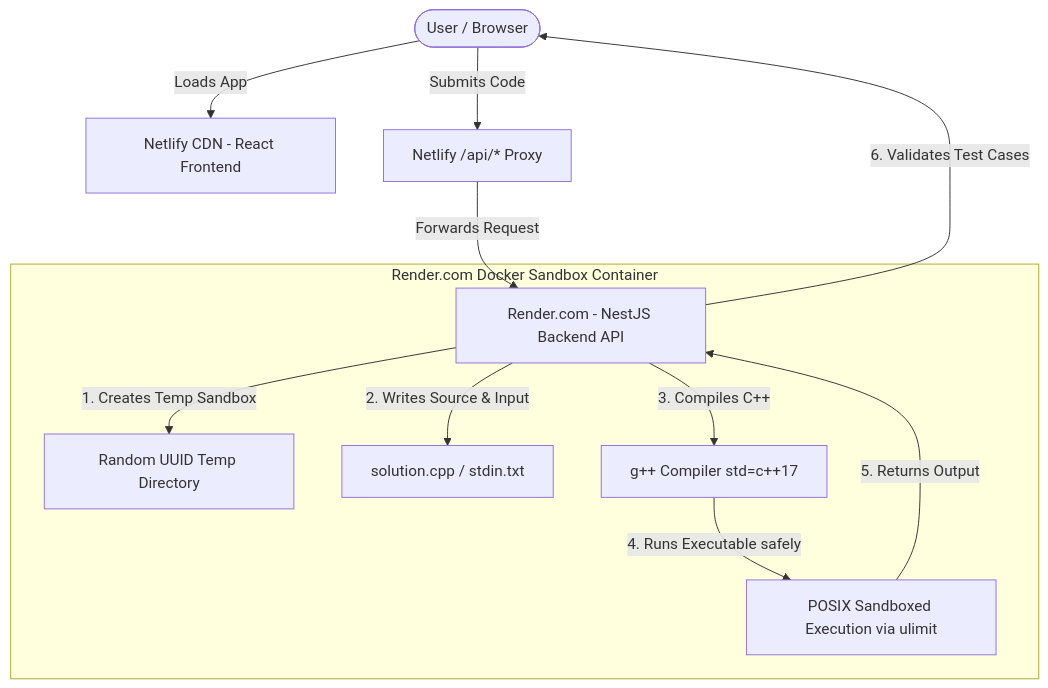
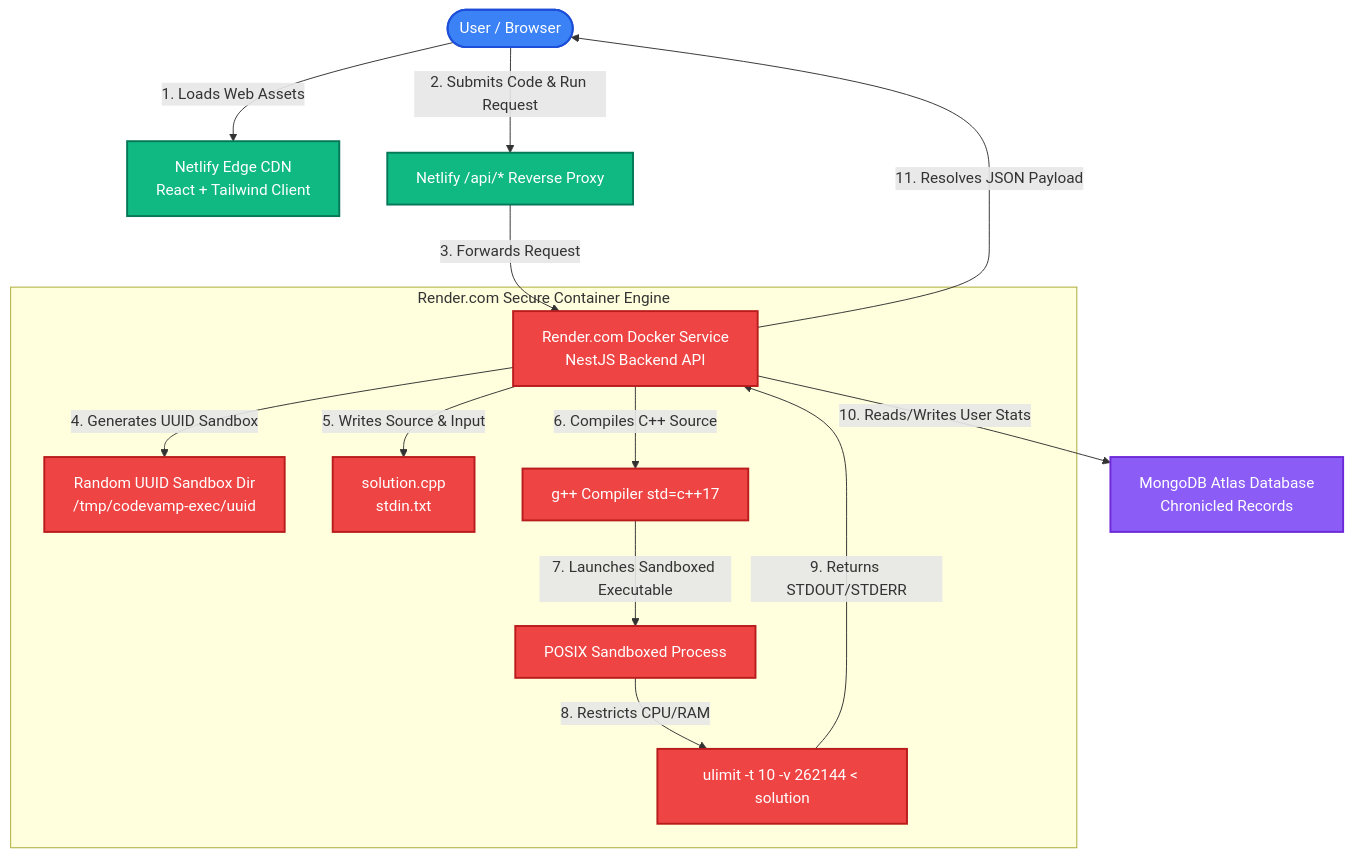
One commit to AtulJoshi1206/Coding-Platform-CodeVamp- changed the diagram in README.md. Above: the diagram before and after it, drawn with Mermaid. The commit also changed other lines of this file and 5 other files, not shown here.

Commit message:
feat: implement 100% database-driven profile stats and real submissions activity heatmap

````diff
--- a/README.md
+++ b/README.md
@@ -13,14 +27,24 @@
 ```mermaid
-graph TD
-    User([User / Browser]) -->|Loads App| Netlify[Netlify CDN - React Frontend]
-    User -->|Submits Code| NetlifyProxy[Netlify /api/* Proxy]
-    NetlifyProxy -->|Forwards Request| RenderAPI[Render.com - NestJS Backend API]
-    subgraph Render.com Docker Sandbox Container
-        RenderAPI -->|1. Creates Temp Sandbox| SandboxFolder[Random UUID Temp Directory]
-        RenderAPI -->|2. Writes Source & Input| Files[solution.cpp / stdin.txt]
-        RenderAPI -->|3. Compiles C++| GPP[g++ Compiler std=c++17]
-        GPP -->|4. Runs Executable safely| RunCmd[POSIX Sandboxed Execution via ulimit]
+flowchart TD
+    %% Styling
+    classDef client fill:#3b82f6,stroke:#1d4ed8,stroke-width:2px,color:#fff;
+    classDef static fill:#10b981,stroke:#047857,stroke-width:2px,color:#fff;
+    classDef compute fill:#ef4444,stroke:#b91c1c,stroke-width:2px,color:#fff;
+    classDef database fill:#8b5cf6,stroke:#6d28d9,stroke-width:2px,color:#fff;
+
+    User([User / Browser]):::client -->|1. Loads Web Assets| Netlify[Netlify Edge CDN <br>React + Tailwind Client]:::static
+    User -->|2. Submits Code & Run Request| NetlifyProxy[Netlify /api/* Reverse Proxy]:::static
+    NetlifyProxy -->|3. Forwards Request| RenderAPI[Render.com Docker Service <br>NestJS Backend API]:::compute
+    
+    subgraph Render Linux Container [Render.com Secure Container Engine]
+        RenderAPI -->|4. Generates UUID Sandbox| Sandbox[Random UUID Sandbox Dir <br>/tmp/codevamp-exec/uuid]:::compute
+        RenderAPI -->|5. Writes Source & Input| Files[solution.cpp <br>stdin.txt]:::compute
+        RenderAPI -->|6. Compiles C++ Source| Compilers[g++ Compiler std=c++17]:::compute
+        Compilers -->|7. Launches Sandboxed Executable| POSIX[POSIX Sandboxed Process]:::compute
+        POSIX -->|8. Restricts CPU/RAM| ShellLimit["ulimit -t 10 -v 262144 < solution"]:::compute
+        ShellLimit -->|9. Returns STDOUT/STDERR| RenderAPI
     end
-    RunCmd -->|5. Returns Output| RenderAPI
-    RenderAPI -->|6. Validates Test Cases| User
+
+    RenderAPI -->|10. Reads/Writes User Stats| MongoDB[MongoDB Atlas Database <br>Chronicled Records]:::database
+    RenderAPI -->|11. Resolves JSON Payload| User
 ```
````
